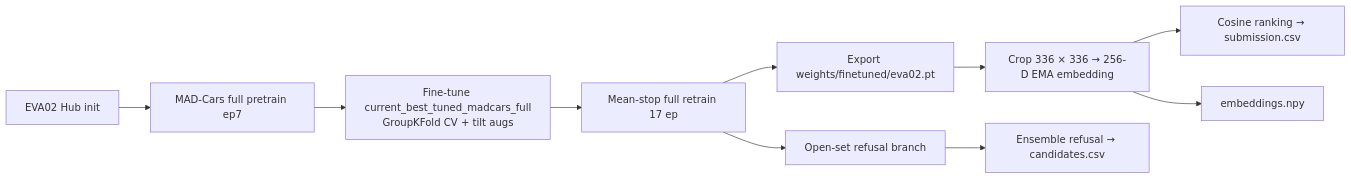
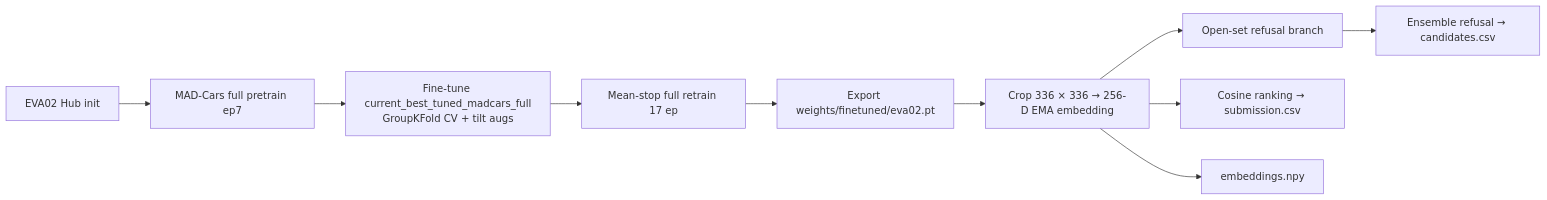
One commit to l1ghtsource/Vehicle-ReID changed the diagram in README.md. Above: the diagram before and after it, drawn with Mermaid. The commit also changed other lines of this file and 8 other files, not shown here.

````diff
--- a/README.md
+++ b/README.md
@@ -12,12 +12,12 @@
 ```mermaid
 flowchart LR
     A[EVA02 Hub init] --> B[MAD-Cars full pretrain ep7]
     B --> C["Fine-tune current_best_tuned_madcars_full<br/>GroupKFold CV + tilt augs"]
     C --> D[Mean-stop full retrain 17 ep]
     D --> E[Export weights/finetuned/eva02.pt]
-    D --> F[Open-set refusal branch]
     E --> G[Crop 336 × 336 → 256-D EMA embedding]
+    G --> F[Open-set refusal branch]
     G --> H[Cosine ranking → submission.csv]
     G --> I[embeddings.npy]
     F --> J["Ensemble refusal → candidates.csv"]
 ```
````
